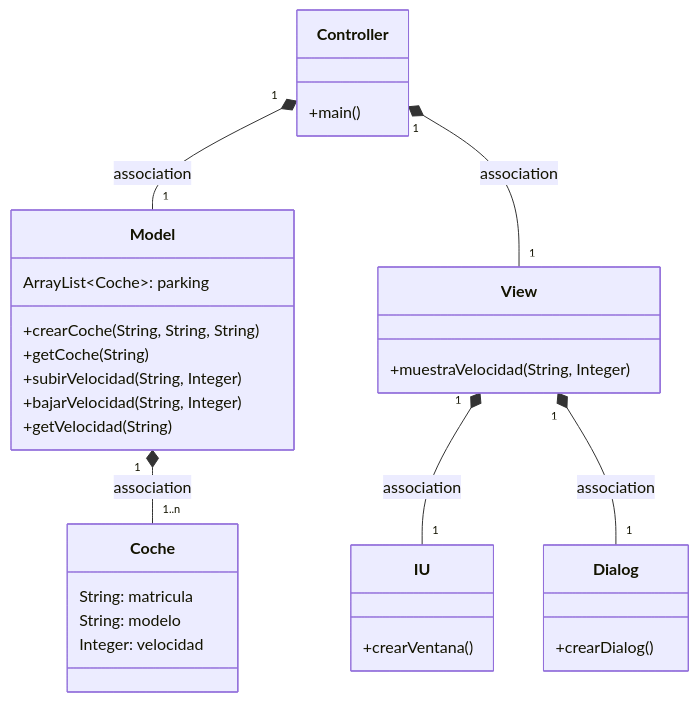
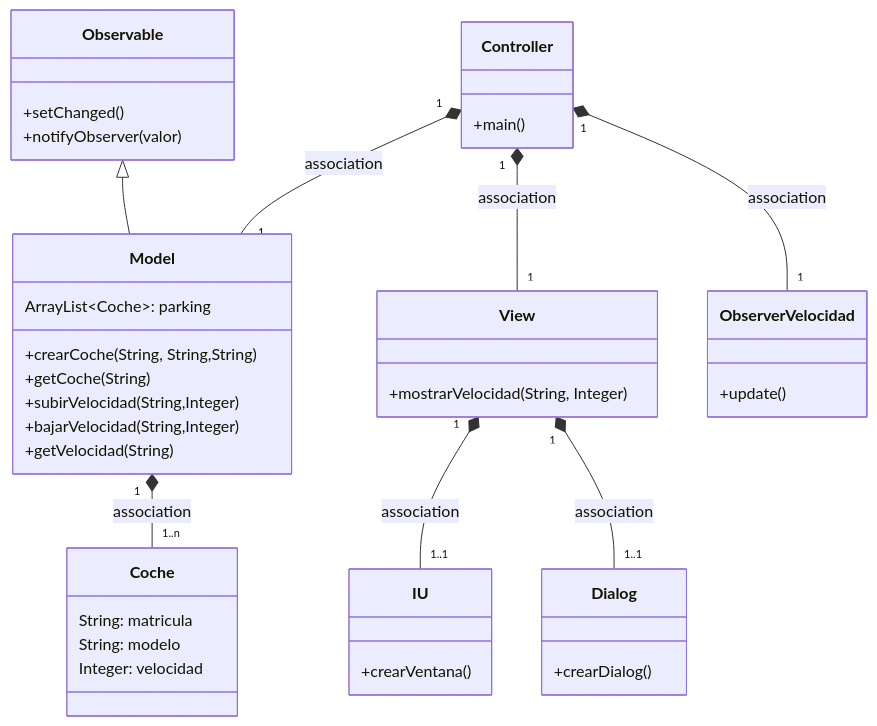
The first of 4 diagrams in Readme.md (LuciaB16/MVC_coches), drawn with Mermaid before and after one commit. The commit also changed other lines of this file, not shown here.

Commit message:
Actualización Readme Observer

````diff
--- a/Readme.md
+++ b/Readme.md
@@ -8,35 +16,43 @@
 ```mermaid
 classDiagram
+    class Observable{
+        +setChanged()
+        +notifyObserver(valor)
+    }
     class Coche {
         String: matricula
         String: modelo
         Integer: velocidad
     }
       class Controller{
           +main()
       }
       class View {
-      +muestraVelocidad(String, Integer)
+      +mostrarVelocidad(String, Integer)
       }
       class Model {
           ArrayList~Coche~: parking
-          +crearCoche(String, String, String)
+          +crearCoche(String, String,String)
           +getCoche(String)
-          +subirVelocidad(String, Integer)
-          +bajarVelocidad(String, Integer)
+          +subirVelocidad(String,Integer)
+          +bajarVelocidad(String,Integer)
           +getVelocidad(String)
       }
       class IU {
-      +crearVentana()
+          +crearVentana()
       }
       class Dialog {
-      +crearDialog()
+          +crearDialog()
       }
-      
+      class ObserverVelocidad {
+      +update()
+      }
+    Controller "1" *-- "1" ObserverVelocidad : association
     Controller "1" *-- "1" Model : association
     Controller "1" *-- "1" View : association
     Model "1" *-- "1..n" Coche : association
-    View "1" *-- "1" IU : association
-    View "1" *-- "1" Dialog : association
+    View "1" *-- "1..1" IU : association
+    View "1" *-- "1..1" Dialog : association
+    Observable<|--Model
       
 ```
````
